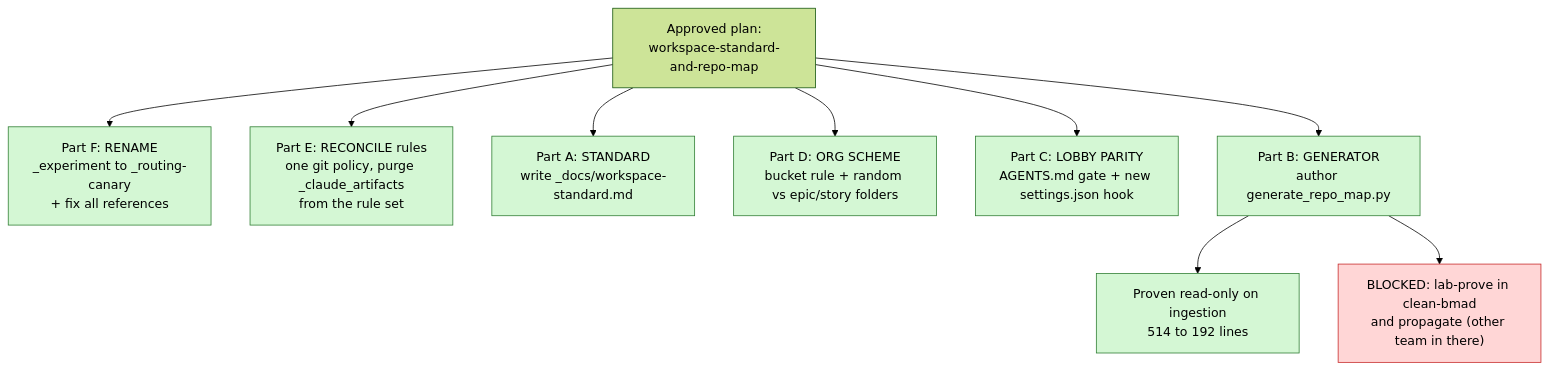
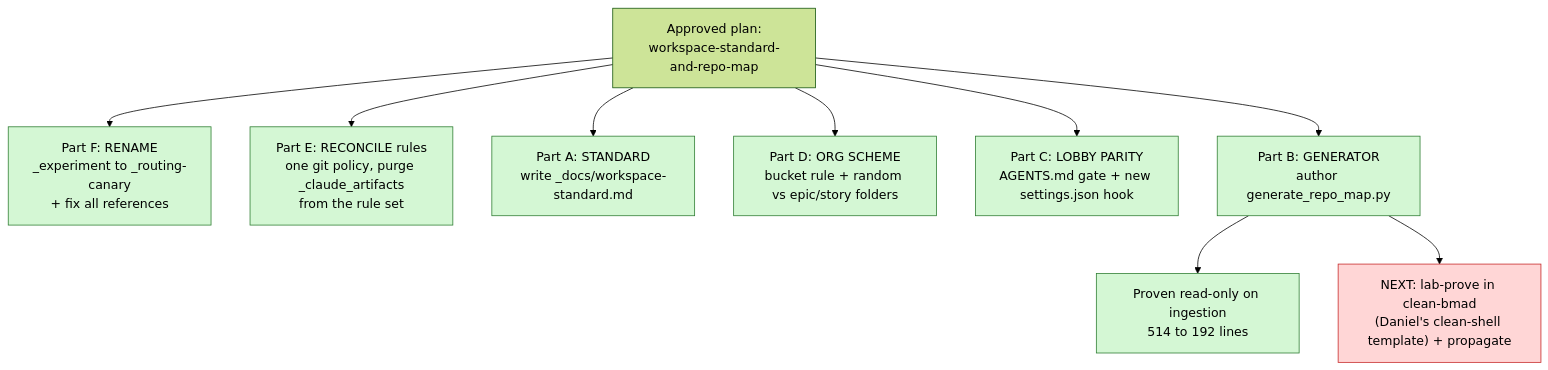
The second of 5 diagrams in _my_resources/diagrams_guides/system/updated_folder_file_structure_diagram.md (sudomadhatter/Sudo_Hatter_Command), drawn with Mermaid (forest theme) before and after one commit. The commit also changed other lines of this file and 10 other files, not shown here.

Commit message:
docs: correct clean-bmad 'off-limits' mischaracterization; router status; clean-bmad cleanup artifacts" && git push

````diff
--- a/_my_resources/diagrams_guides/system/updated_folder_file_structure_diagram.md
+++ b/_my_resources/diagrams_guides/system/updated_folder_file_structure_diagram.md
@@ -58,17 +58,17 @@
 ```mermaid
 flowchart TD
     PLAN["Approved plan:\nworkspace-standard-and-repo-map"]
     PLAN --> F["Part F: RENAME\n_experiment to _routing-canary\n+ fix all references"]
     PLAN --> E["Part E: RECONCILE rules\none git policy, purge _claude_artifacts\nfrom the rule set"]
     PLAN --> A["Part A: STANDARD\nwrite _docs/workspace-standard.md"]
     PLAN --> D["Part D: ORG SCHEME\nbucket rule + random vs epic/story folders"]
     PLAN --> C["Part C: LOBBY PARITY\nAGENTS.md gate + new settings.json hook"]
     PLAN --> B["Part B: GENERATOR\nauthor generate_repo_map.py"]
     B --> PROVE["Proven read-only on ingestion\n514 to 192 lines"]
-    B --> BLOCK["BLOCKED: lab-prove in clean-bmad\nand propagate (other team in there)"]
+    B --> BLOCK["NEXT: lab-prove in clean-bmad\n(Daniel's clean-shell template) + propagate"]
 
     classDef done fill:#d4f7d4,stroke:#2e7d32,color:#000
     classDef blocked fill:#ffd6d6,stroke:#c62828,color:#000
     class F,E,A,D,C,B,PROVE done
     class BLOCK blocked
 ```
````
